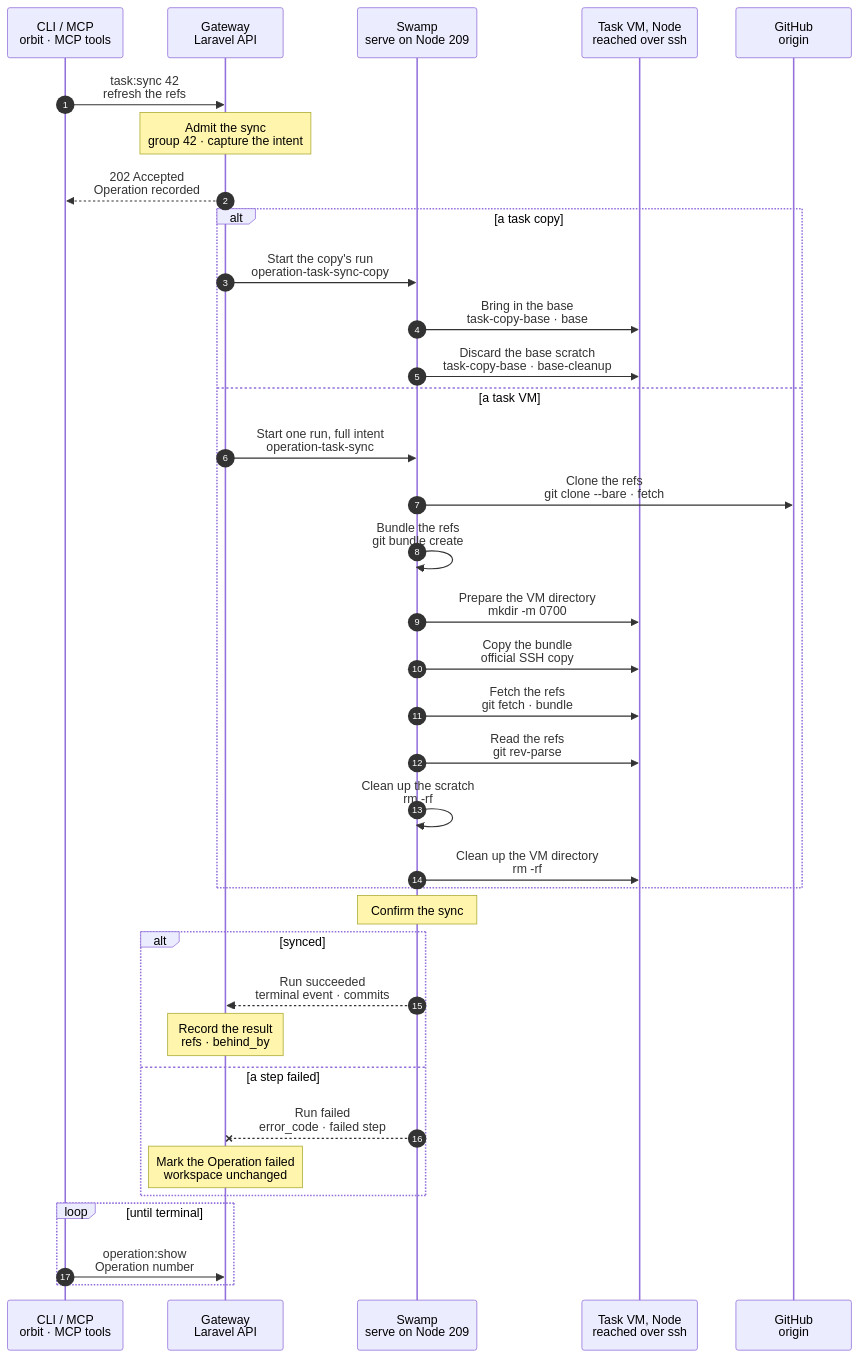
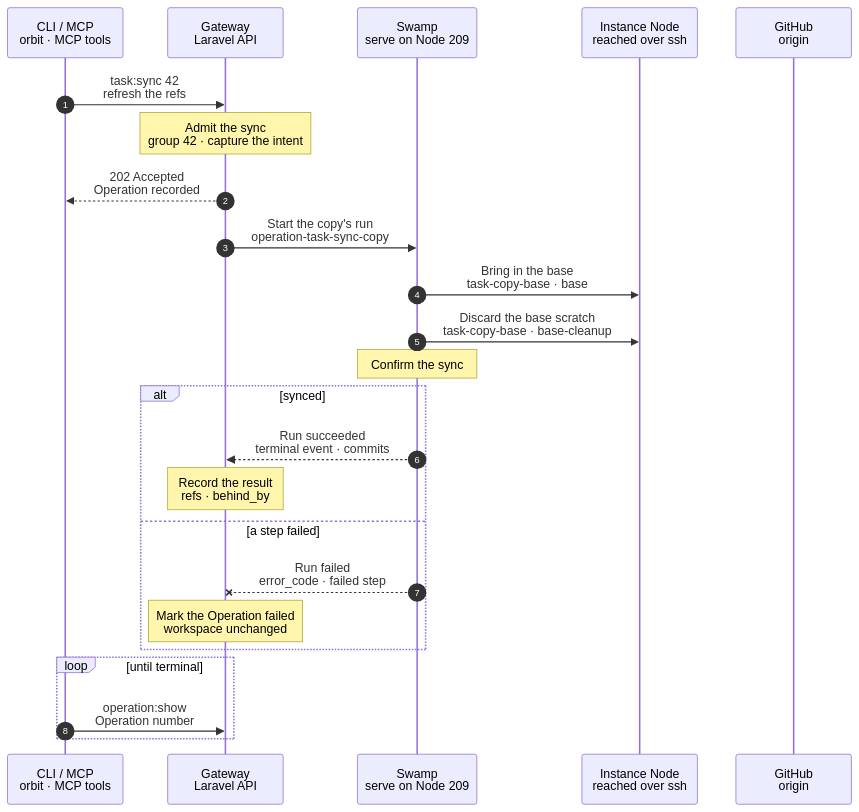
Before and after one commit to hardimpactdev/orbit: the diagram in docs/cli/task/sync.mmd, drawn with Mermaid. The commit also changed 118 other files, not shown here.

First line of the commit message:
Remove unreachable Swamp task VM execution and base builds

```diff
--- a/docs/cli/task/sync.mmd
+++ b/docs/cli/task/sync.mmd
@@ -1,123 +1,85 @@
 sequenceDiagram
-  %% Target design: stage 2 and stage 4 of the command development pipeline (docs/reference/pipeline/2-development-environment.mmd, 4-pr-and-ci.mmd). A task VM holds no GitHub credential, so the workspace cannot fetch. The author needs the branch of the pull request and main when either moved on origin (a merge of main into the branch, a correction pushed by the owner), to merge or rebase before the push. Decided by the orchestrator, for Nick's review.
-  %% Task copy (2026-11-14): the same kind brings the Project's default branch into a task copy through the copy's Node mirror and one incremental bundle; no credential enters the copy and the branch is never merged or rebased. The Gateway starts one of two workflows: `operation-task-sync-copy` for an intent with `copy`, `operation-task-sync` for a task VM. Swamp resolves every step input of a run when it starts, also of a step a guard will skip, so each workflow reads only the keys its own intent has (live: Operation 22250 never started). Task VMs get no new work. docs/reference/tasks.md#bring-main-into-a-copy.
+  %% Target design: docs/reference/tasks.md#bring-main-into-a-copy. Fetch the default branch through the copy's Node mirror and an incremental bundle. No credential enters the copy; sync never merges or rebases its branch.
   %% status: draft
   %% command: task:sync
   %% kind: tasks.sync
   autonumber
   %% lane CLI icon=terminal pill=caller tone=gray
   %% lane GW icon=gateway pill=intent tone=blue
   %% lane SW icon=workflow pill=executes tone=green
   %% lane N icon=server pill=target tone=amber
   %% lane GH icon=server pill=target tone=purple
   participant CLI as CLI / MCP<br/>orbit · MCP tools
   participant GW as Gateway<br/>Laravel API
   participant SW as Swamp<br/>serve on Node 209
-  participant N as Task VM, Node<br/>reached over ssh
+  participant N as Instance Node<br/>reached over ssh
   participant GH as GitHub<br/>origin
   CLI->>GW: task:sync 42<br/>refresh the refs
   %%> Command:
   %%> - `orbit task:sync 42 [--idempotency-key=KEY] [--json]`, the MCP tool `task-sync`, or `POST /api/v1/tasks/42/sync` with an `Idempotency-Key` and no body; all three call the same route
   %%> - the CLI sends a fresh key when none is given, follows the Operation until it ends, and prints `default_commit`, `behind_by` and `branch_commit`
   Note over GW: Admit the sync<br/>group 42 · capture the intent
   %%> Requirements:
   %%> - your Node has an access grant to the Gateway
   %%> - group 42 is open and external, with its own task copy; a group without one gets `tasks.no_workspace`: task VM workspaces are removed, and the Gateway sends no task VM intent any more
   %%> - a task copy's container runs, else `tasks.instance_not_running`, and no copy turn of the group is unended, else `tasks.copy_turn_unended`
   %%> - no other task runs on group 42, so no check or publish; the Gateway holds one lock per group
   %%> What it does:
-  %%> - captures the repository, the default branch, the branch `task-42`, the workspace path and the SSH target of the VM
+  %%> - captures the repository, the default branch, the branch `task-42`, the workspace path and the SSH target of the copy's Node
   %%> - for a task copy, adds `copy`: its Node's SSH target, its container, its start commit and its Node mirror
   %%> - names the vault key of the read credential
   %%> Decided by the orchestrator, for Nick's review:
   %%> - no Swamp step calls the Gateway: the Gateway mints the read token (`contents: read`, valid one hour) as it starts the run and writes it to that vault key, as it does for the Pi token of a turn; the run gets only the key name
   %%> - each run mints its own credential; a later run never reuses it
   GW-->>CLI: 202 Accepted<br/>Operation recorded
   %%> Next:
   %%> - the CLI follows the Operation with `operation:show`
-  alt a task copy
     GW->>SW: Start the copy's run<br/>operation-task-sync-copy
-    %%> Why its own workflow:
-    %%> - Swamp resolves every step's inputs when the run starts, also of a step that a guard skips; the task VM steps read `checkout_path`, which a copy intent has not, so one shared workflow could not start for a copy
     %%> Inputs:
     %%> - the copy intent and the vault key name of the read token, never the token; every expression of the workflow reads only its keys
     SW->>N: Bring in the base<br/>task-copy-base · base
     %%> Why its own child:
     %%> - only this path and the handoff check of a copy call `task-copy-base`; the shared workspace child of turns, checks and publishes takes no secret and no base input
     %%> - the handoff check of a copy runs the same `base` phase with its own read token, under the same rules, before it merges the head ([task:check](/cli/task/check#how-it-works))
     %%> On the Node:
     %%> - first removes what an earlier, cancelled sync of the copy left in the copy's Node scratch and bundle folder, which the copy's Instance names
     %%> - fetches `+refs/heads/<default>` from the Project's repository into the copy's own mirror, `/var/lib/orbit/instance-repositories/<instance>.git`; a missing mirror is made from the default's mirror, which only then is needed
     %%> - the read token is the sync's Git header: it reaches that one `git fetch` only as its environment, through the stdin of a pipelined task; never argv, a file or a stored output, so a killed run leaves none behind
     %%> - bundles the default branch without the commits the copy already holds (`^origin/<default>`, `^task-42`, where the mirror holds them); when the copy holds the head already, no bundle is made
     %%> In the container:
     %%> - root makes the bundle folder fresh and owns it and the bundle; `agent` can read it and cannot replace it
     %%> - as `agent`, `git fetch` of the bundle into `refs/remotes/origin/<default>` only
     %%> - reads the default head, the branch commit, `git rev-list --count task-42..origin/<default>` and the copy's start
     %%> - then one content read, `work`: whether every path HEAD changed since its merge base with the default head holds the same content on the default head or in a published commit, and the uncommitted, untracked and stashed counts (docs/reference/tasks.md#published-work-of-a-copy); `task:cancel` and `task:complete` read it
     %%> Result:
     %%> - HEAD, the working tree, the index and the local branches are not touched; nothing is merged or rebased
     %%> Source:
     %%> - the Project's repository, for every Project; a Project whose repository receives main only at a release sees the last released main
     SW->>N: Discard the base scratch<br/>task-copy-base · base-cleanup
     %%> Clean-up rule:
     %%> - the bundles on the Node and in the copy go when the base ends, here after the run, at the next sync of the copy, or at the copy's destroy, whichever comes first; no credential is ever written, so none is left to remove
     %%> Test:
     %%> - a failed fetch, a cancel during the fetch and a cancel after the push leave no credential anywhere and no bundle in the copy once this step or the next base ran
-  else a task VM
-    GW->>SW: Start one run, full intent<br/>operation-task-sync
-    %%> Inputs:
-    %%> - the whole intent above and the vault key name of the read credential, never the credential
-    %%> - no step of the run calls the Gateway
-    SW->>GH: Clone the refs<br/>git clone --bare · fetch
-    %%> What it does:
-    %%> - on Node 209, in a scratch directory of the run: a bare clone of the default branch and a fetch of `task-42`, with the token, read from its vault key, as an extra header of the commands and nowhere else
-    SW->>SW: Bundle the refs<br/>git bundle create
-    %%> What it does:
-    %%> - one bundle of the default branch and `task-42`
-    %%> - the clone and the bundle run as the behaviors `task-sync-clone-42` and `task-sync-bundle-42`, up to 180 s and 60 s, so a sync of another group never waits for their lock
-    SW->>N: Prepare the VM directory<br/>mkdir -m 0700
-    %%> What it does:
-    %%> - a private directory of the run on the VM
-    SW->>N: Copy the bundle<br/>official SSH copy
-    %%> What it does:
-    %%> - copies the bundle into that directory; no token and no script reaches the VM
-    SW->>N: Fetch the refs<br/>git fetch · bundle
-    %%> What it does:
-    %%> - `git fetch` of the bundle into `refs/remotes/origin/<default branch>` and `refs/remotes/origin/task-42` of the workspace
-    %%> Result:
-    %%> - HEAD, the working tree and the local branches are not touched; the author merges or rebases itself, as the review of the stage asks
-    SW->>N: Read the refs<br/>git rev-parse
-    %%> What it does:
-    %%> - reads the two commits the fetch stored
-    SW->>SW: Clean up the scratch<br/>rm -rf
-    %%> When:
-    %%> - always, on success and failure: the scratch directory of the run on Node 209
-    SW->>N: Clean up the VM directory<br/>rm -rf
-    %%> When:
-    %%> - always, after the scratch: the run's directory on the VM
-  end
   Note over SW: Confirm the sync
   %%> What it does:
-  %%> - native assert, the last step of either workflow: for a task VM, the read and both clean ups succeeded; for a task copy, the base and its discard succeeded
+  %%> - native assert: the base and its discard succeeded
   alt synced
     SW-->>GW: Run succeeded<br/>terminal event · commits
     %%> How the Gateway learns it:
     %%> - its shared run reader sees the terminal event; Swamp never calls the Gateway
     Note over GW: Record the result<br/>refs · behind_by
     %%> Result:
-    %%> - a task VM: the commit of the default branch and the commit of `task-42`
     %%> - a task copy: `default_branch`, `default_commit`, `branch`, `branch_commit`, `behind_by`, `start` and `work`
   else a step failed
     SW--xGW: Run failed<br/>error_code · failed step
     %%> The Gateway reads:
     %%> - which step failed; a branch that does not exist on origin fails the clone step
     Note over GW: Mark the Operation failed<br/>workspace unchanged
     %%> Retry:
     %%> - run it again: a new run mints a new read token, and a fetch that already happened makes the next bundle smaller
   end
   loop until terminal
     CLI->>GW: operation:show<br/>Operation number
     %%> Returns:
     %%> - the Operation status, and the commits and `behind_by` when the run succeeded
   end
```
